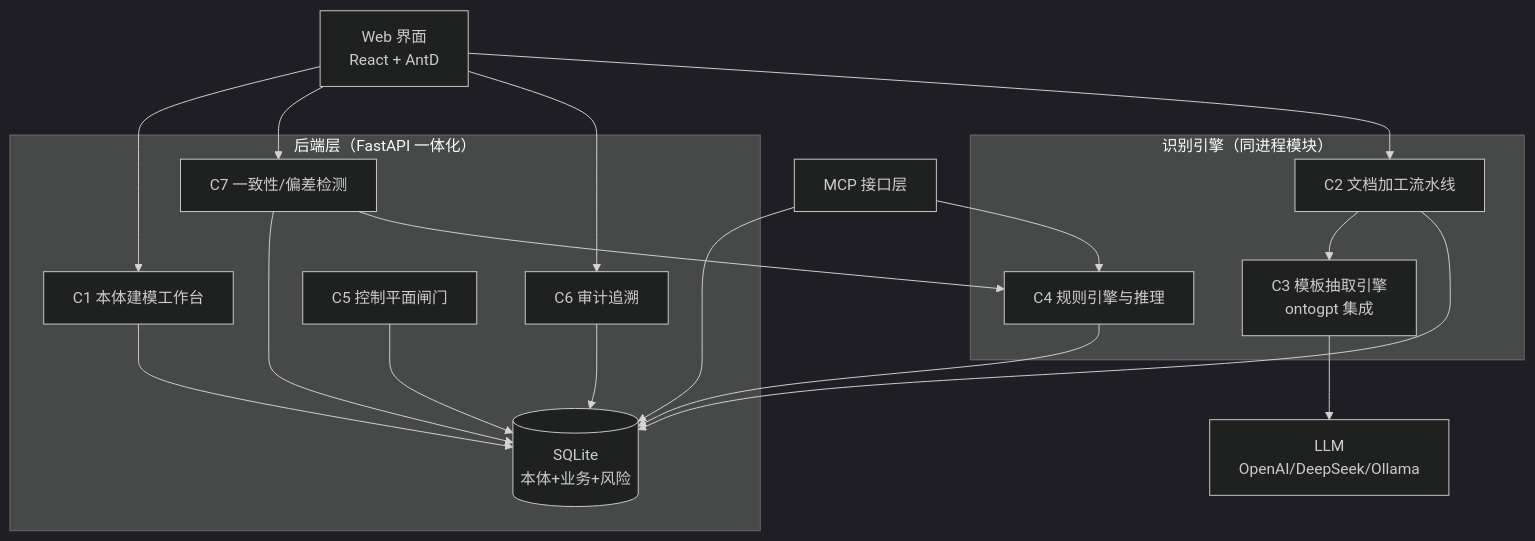
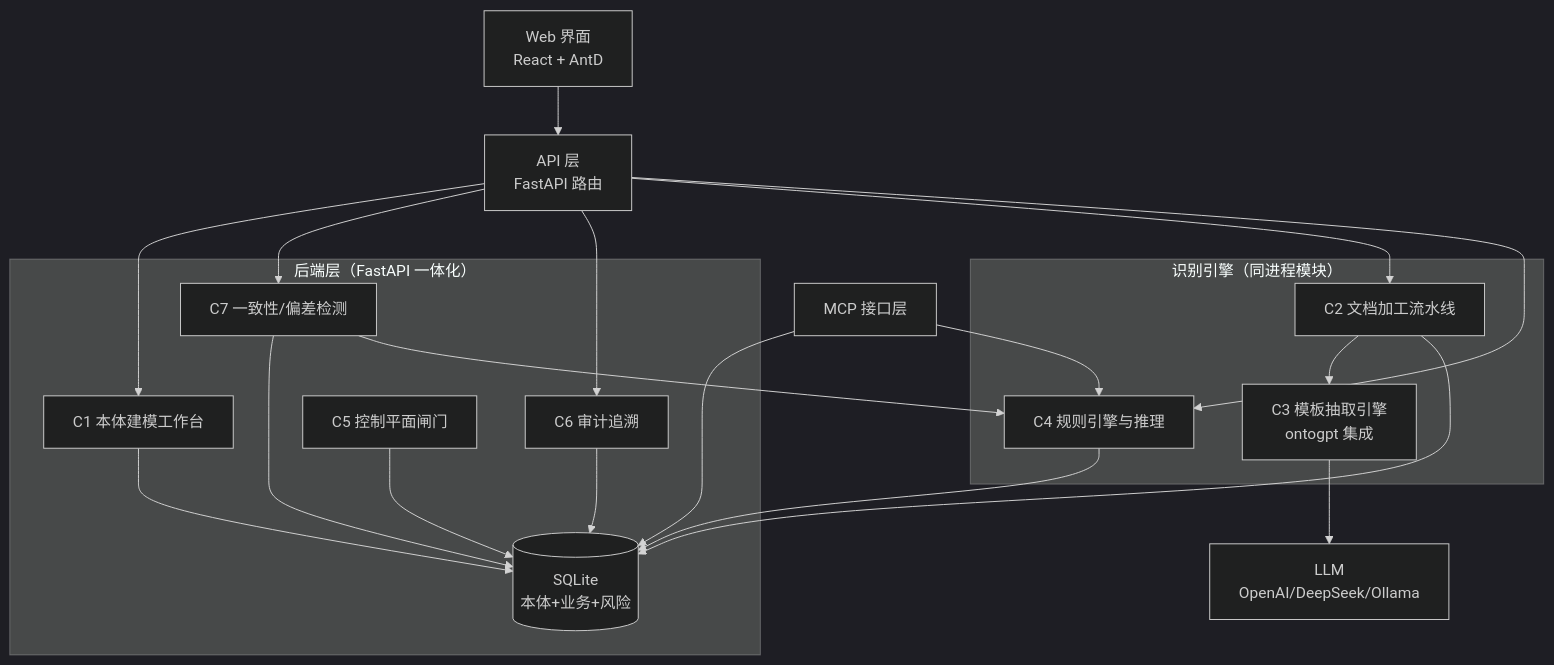
One commit to sealzrt/2026-08--agent changed the second of 16 diagrams in Ontology/方案/项目风险管控工具设计方案-v1.0.md. Above: the diagram before and after it, drawn with Mermaid (dark theme). The commit also changed other lines of this file, not shown here.

````diff
--- a/Ontology/方案/项目风险管控工具设计方案-v1.0.md
+++ b/Ontology/方案/项目风险管控工具设计方案-v1.0.md
@@ -94,37 +94,38 @@
 ```mermaid
 flowchart TB
-    UI[Web 界面<br/>React + AntD]
+    UI[Web 界面<br/>React + AntD] --> API[API 层<br/>FastAPI 路由]
     
-    subgraph API[后端层（FastAPI 一体化）]
+    subgraph API2[后端层（FastAPI 一体化）]
         C1[C1 本体建模工作台]
         C7[C7 一致性/偏差检测]
         C6[C6 审计追溯]
         C5[C5 控制平面闸门]
         DB[(SQLite<br/>本体+业务+风险)]
     end
     
     subgraph ENG[识别引擎（同进程模块）]
         C2[C2 文档加工流水线]
         C3[C3 模板抽取引擎<br/>ontogpt 集成]
         C4[C4 规则引擎与推理]
     end
     
     C8[MCP 接口层]
     LLM[LLM<br/>OpenAI/DeepSeek/Ollama]
 
-    UI --> C1
-    UI --> C7
-    UI --> C6
+    API --> C1
+    API --> C7
+    API --> C6
+    API --> C2
+    API --> C4
     C5 --> DB
     C1 --> DB
     C7 --> DB
     C6 --> DB
     C7 --> C4
-    UI --> C2
     C2 --> C3
     C3 --> LLM
     C2 --> DB
     C4 --> DB
     C8 --> DB
     C8 --> C4
 ```
````
